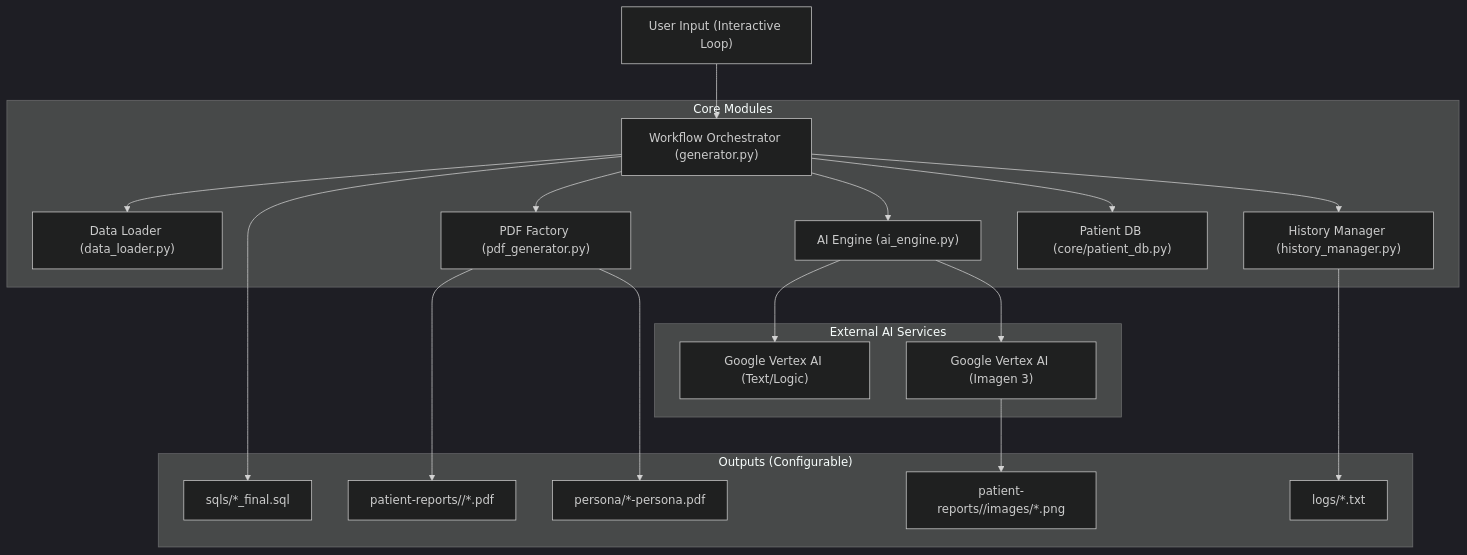
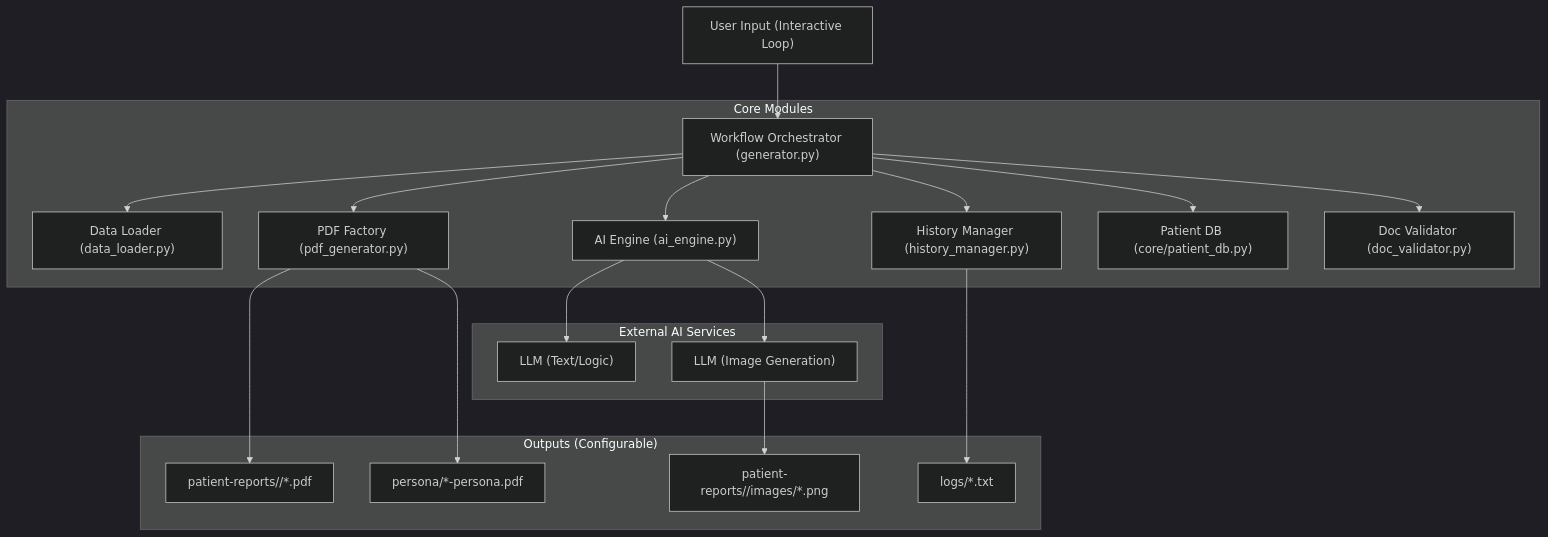
Before and after one commit to akshaykumarar3/pdgenerator: the diagram in ARCHITECTURE.md, drawn with Mermaid (dark theme). The commit also changed other lines of this file and 7 other files, not shown here.

````diff
--- a/ARCHITECTURE.md
+++ b/ARCHITECTURE.md
@@ -10,25 +11,25 @@
 ```mermaid
 graph TD
     UserInput["User Input (Interactive Loop)"] --> Generator["Workflow Orchestrator (generator.py)"]
     
     subgraph "Core Modules"
         Generator --> Loader["Data Loader (data_loader.py)"]
         Generator --> AI["AI Engine (ai_engine.py)"]
         Generator --> PDF["PDF Factory (pdf_generator.py)"]
         Generator --> History["History Manager (history_manager.py)"]
         Generator --> DB["Patient DB (core/patient_db.py)"]
+        Generator --> Val["Doc Validator (doc_validator.py)"]
     end
     
     subgraph "External AI Services"
-        AI --> VertexText["Google Vertex AI (Text/Logic)"]
-        AI --> VertexImage["Google Vertex AI (Imagen 3)"]
+        AI --> LLMText["LLM (Text/Logic)"]
+        AI --> LLMImage["LLM (Image Generation)"]
     end
     
     subgraph "Outputs (Configurable)"
-        Generator --> SQL["sqls/*_final.sql"]
         PDF --> Docs["patient-reports/<ID>/*.pdf"]
         PDF --> Persona["persona/*-persona.pdf"]
-        VertexImage --> Images["patient-reports/<ID>/images/*.png"]
+        LLMImage --> Images["patient-reports/<ID>/images/*.png"]
         History --> Logs["logs/*.txt"]
     end
 ```
````
